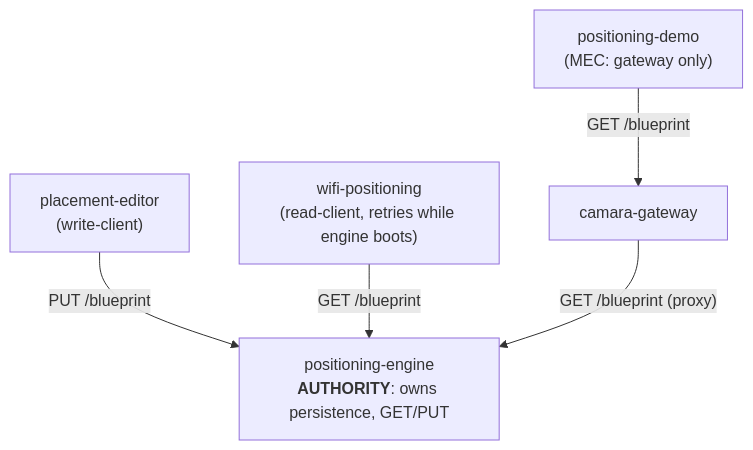
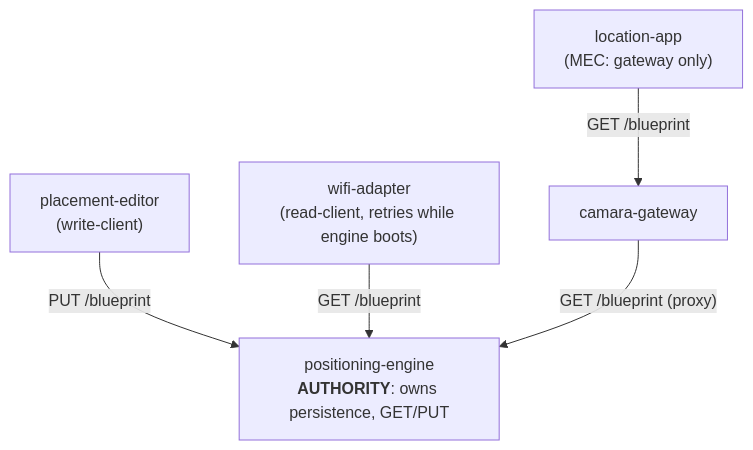
Before and after one commit to Jacobbista/5g-northbound: the second of 3 diagrams in docs/blueprint-vs-bindings.md, drawn with Mermaid. The commit also changed other lines of this file and 241 other files, not shown here.

````diff
--- a/docs/blueprint-vs-bindings.md
+++ b/docs/blueprint-vs-bindings.md
@@ -43,8 +43,8 @@
 ```mermaid
 flowchart TD
     ED["placement-editor<br/>(write-client)"] -->|"PUT /blueprint"| ENG
-    WIFI["wifi-positioning<br/>(read-client, retries while engine boots)"] -->|"GET /blueprint"| ENG
+    WIFI["wifi-adapter<br/>(read-client, retries while engine boots)"] -->|"GET /blueprint"| ENG
     ENG["positioning-engine<br/><b>AUTHORITY</b>: owns persistence, GET/PUT"]
     GW["camara-gateway"] -->|"GET /blueprint (proxy)"| ENG
-    DEMO["positioning-demo<br/>(MEC: gateway only)"] -->|"GET /blueprint"| GW
+    DEMO["location-app<br/>(MEC: gateway only)"] -->|"GET /blueprint"| GW
 ```
````
